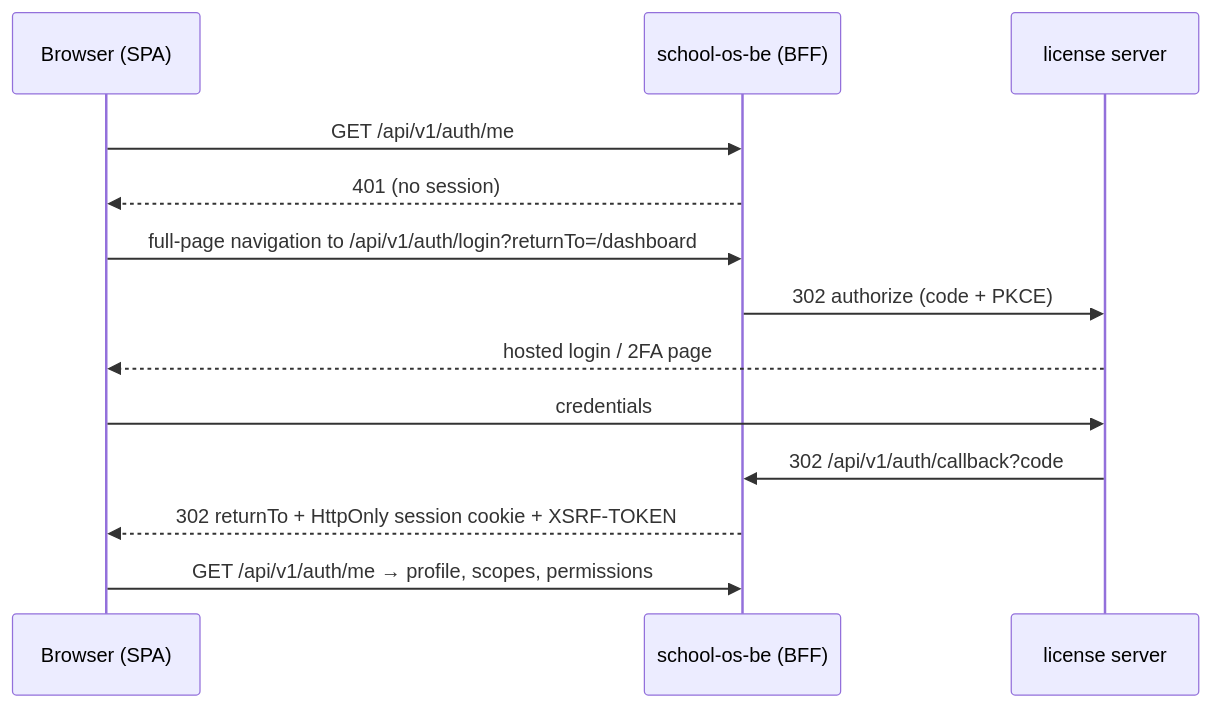
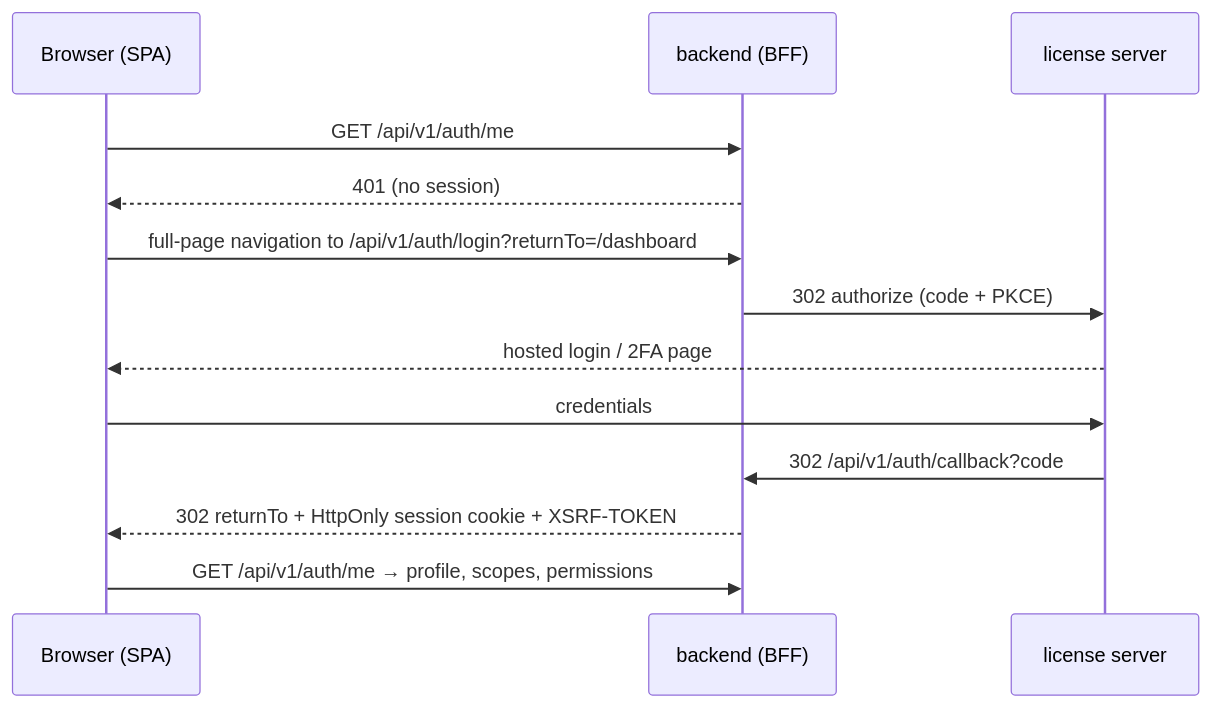
One commit to subashrs31/School-OS changed the diagram in frontend/docs/target-architecture.md. Above: the diagram before and after it, drawn with Mermaid. The commit also changed other lines of this file and 18 other files, not shown here.

````diff
--- a/frontend/docs/target-architecture.md
+++ b/frontend/docs/target-architecture.md
@@ -9,15 +10,15 @@
 ```mermaid
 sequenceDiagram
   participant B as Browser (SPA)
-  participant API as school-os-be (BFF)
+  participant API as backend (BFF)
   participant LS as license server
   B->>API: GET /api/v1/auth/me
   API-->>B: 401 (no session)
   B->>API: full-page navigation to /api/v1/auth/login?returnTo=/dashboard
   API->>LS: 302 authorize (code + PKCE)
   LS-->>B: hosted login / 2FA page
   B->>LS: credentials
   LS->>API: 302 /api/v1/auth/callback?code
   API-->>B: 302 returnTo + HttpOnly session cookie + XSRF-TOKEN
   B->>API: GET /api/v1/auth/me → profile, scopes, permissions
 ```
````
